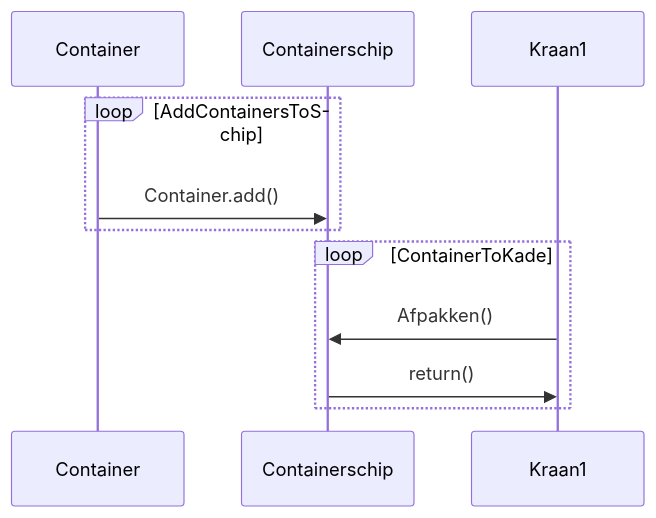
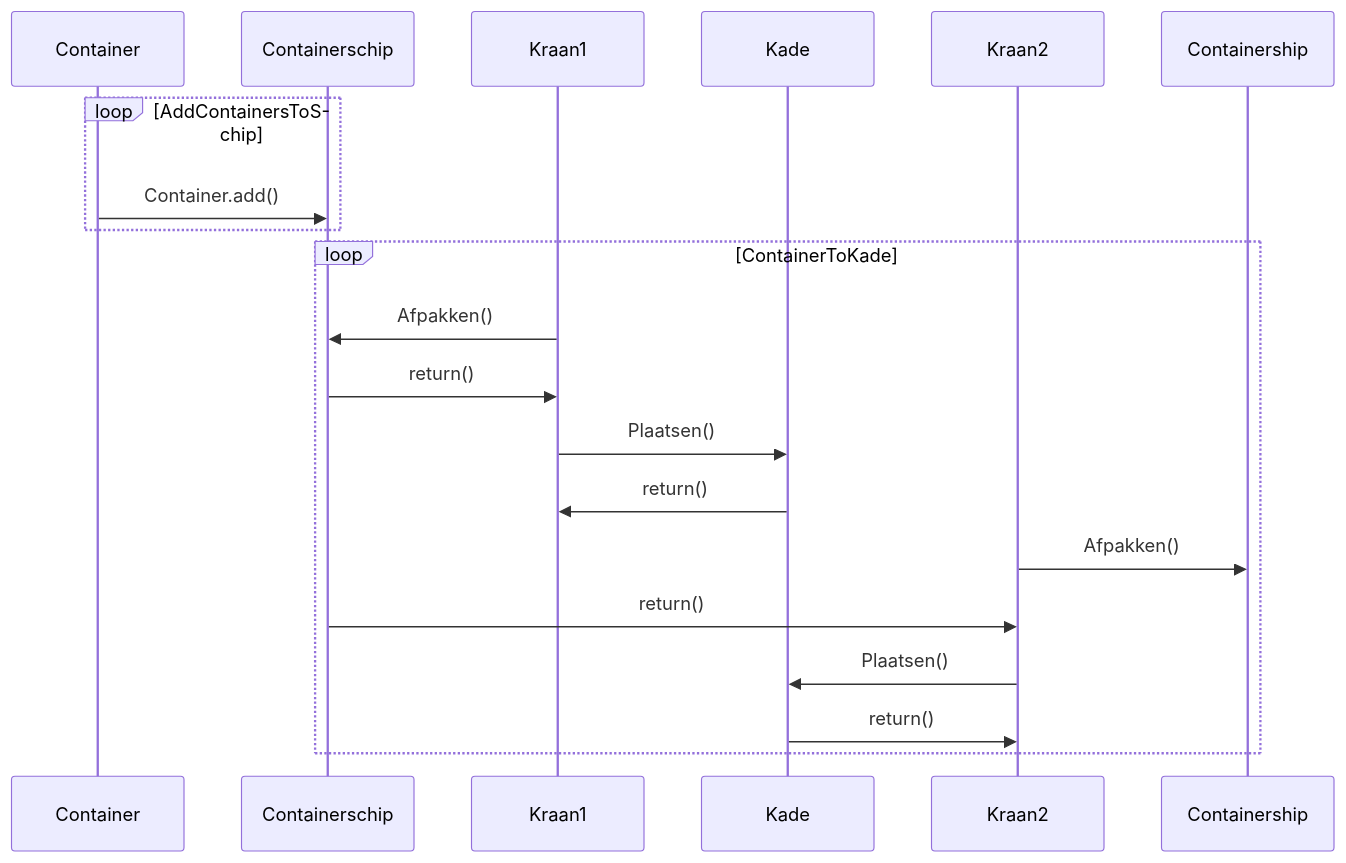
Before and after one commit to RockFreakRickerd/SameCodeDifferentLanguagues: the second of 2 diagrams in ShipQuay/README.md, drawn with Mermaid.

````diff
--- a/ShipQuay/README.md
+++ b/ShipQuay/README.md
@@ -31,10 +31,16 @@
 ```mermaid
 sequenceDiagram
 loop AddContainersToSchip
   Container->>Containerschip: Container.add()
 end
 loop ContainerToKade
   Kraan1->>Containerschip: Afpakken()
   Containerschip->>Kraan1: return()
+  Kraan1->>Kade: Plaatsen()
+  Kade->>Kraan1: return()
+  Kraan2->>Containership: Afpakken()
+  Containerschip->>Kraan2: return()
+  Kraan2->>Kade: Plaatsen()
+  Kade->>Kraan2: return()
 end
 ```
````
